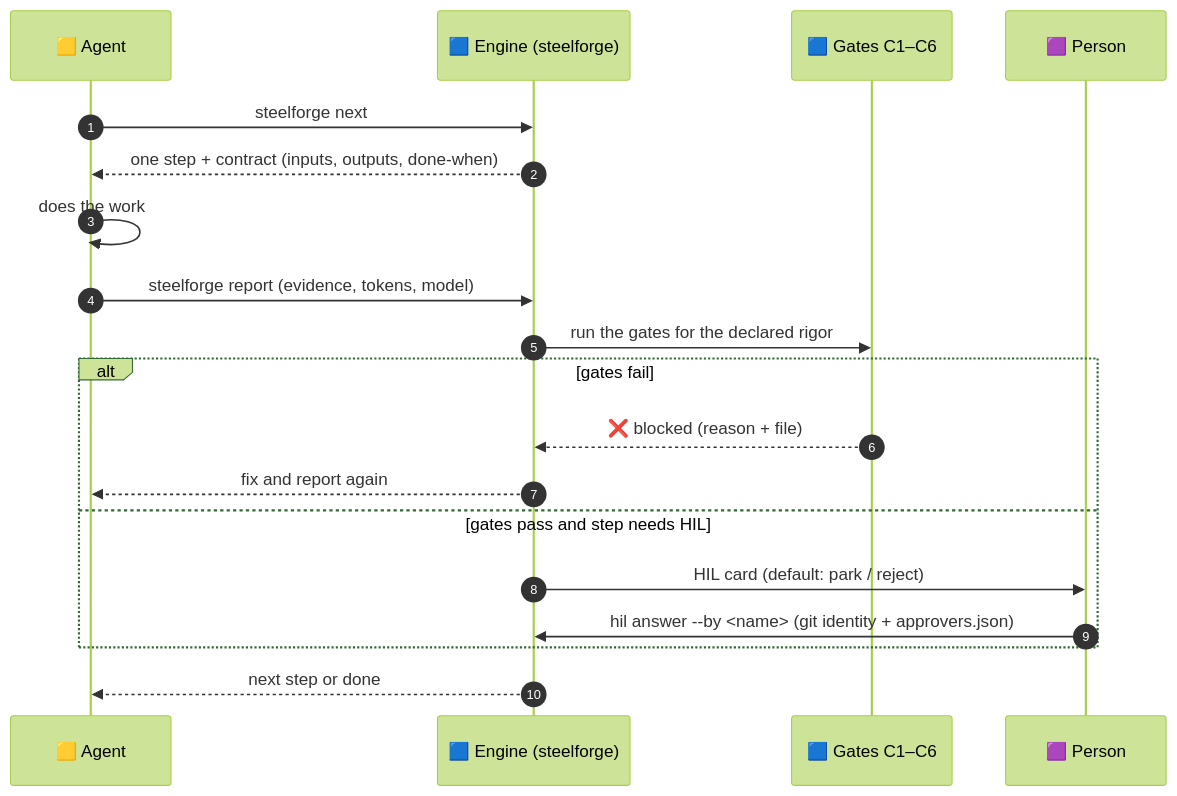
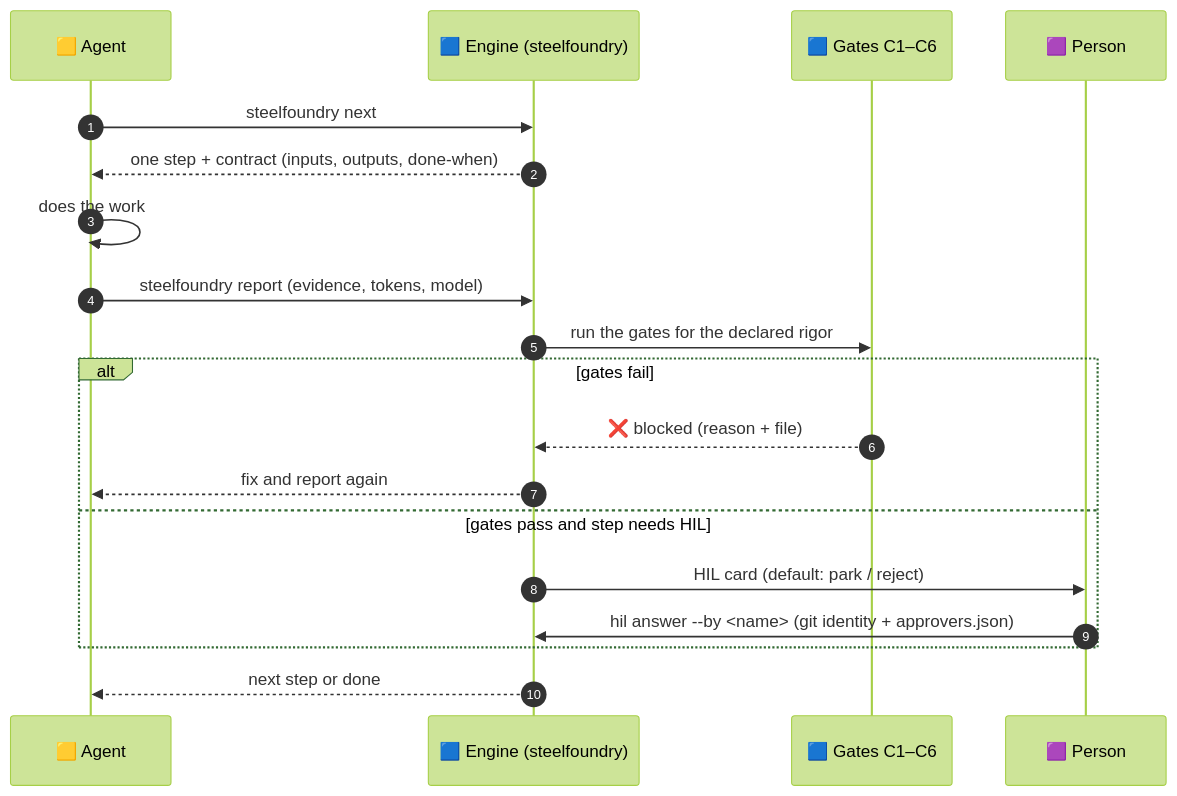
The fourth of 12 diagrams in README.md (Brujo2020/OpenSDD), drawn with Mermaid (forest theme) before and after one commit. The commit also changed other lines of this file and 465 other files, not shown here.

````diff
--- a/README.md
+++ b/README.md
@@ -264,21 +264,21 @@
 ```mermaid
 sequenceDiagram
   autonumber
   participant A as 🟨 Agent
-  participant E as 🟦 Engine (steelforge)
+  participant E as 🟦 Engine (steelfoundry)
   participant G as 🟦 Gates C1–C6
   participant H as 🟪 Person
-  A->>E: steelforge next
+  A->>E: steelfoundry next
   E-->>A: one step + contract (inputs, outputs, done-when)
   A->>A: does the work
-  A->>E: steelforge report (evidence, tokens, model)
+  A->>E: steelfoundry report (evidence, tokens, model)
   E->>G: run the gates for the declared rigor
   alt gates fail
     G-->>E: ❌ blocked (reason + file)
     E-->>A: fix and report again
   else gates pass and step needs HIL
     E->>H: HIL card (default: park / reject)
     H->>E: hil answer --by <name> (git identity + approvers.json)
   end
   E-->>A: next step or done
 ```
````
